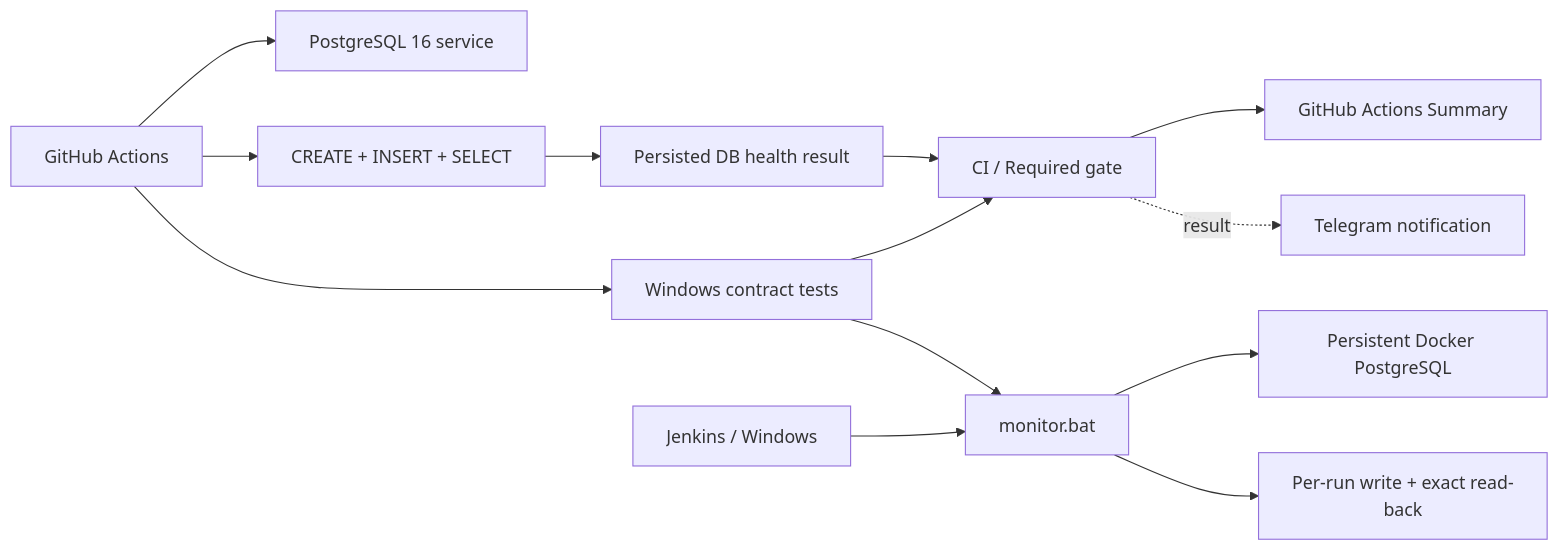
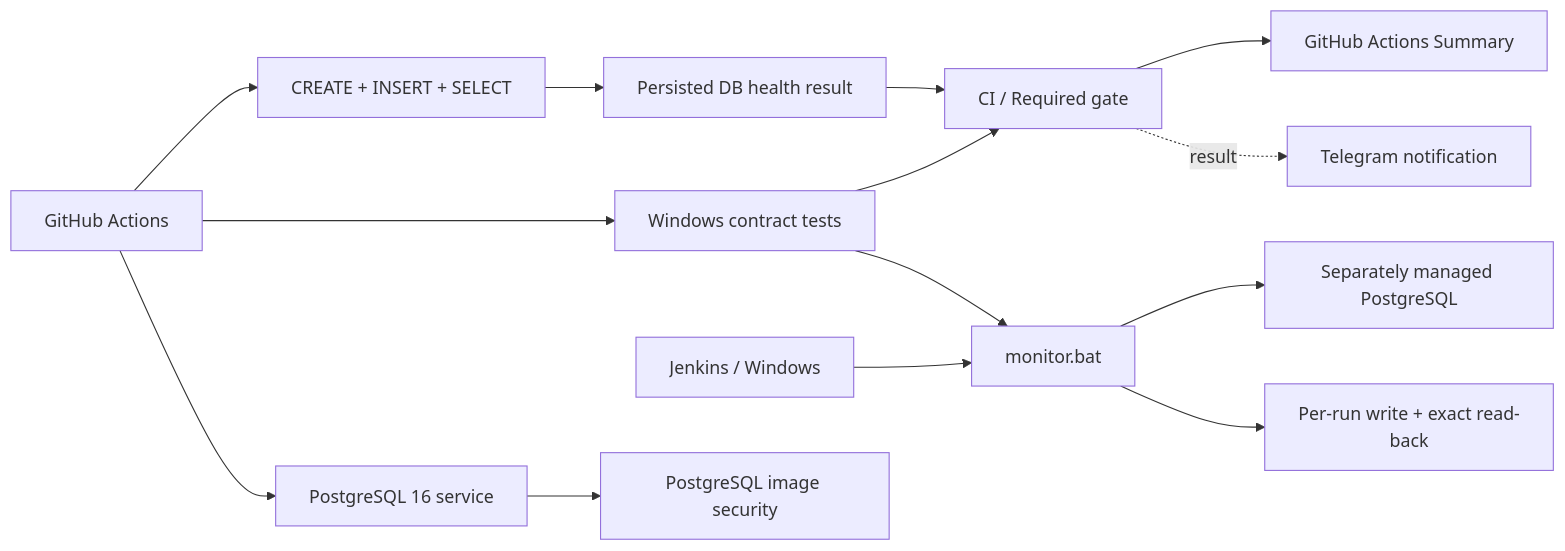
The diagram in README.md (TokhirjonYuldoshev/qa-docker-monitor), drawn with Mermaid before and after one commit. The commit also changed other lines of this file and 9 other files, not shown here.

````diff
--- a/README.md
+++ b/README.md
@@ -27,17 +34,19 @@
 ```mermaid
 flowchart LR
     GH[GitHub Actions] --> PG1[PostgreSQL 16 service]
     GH --> SQL1[CREATE + INSERT + SELECT]
     SQL1 --> R[Persisted DB health result]
 
     GH --> WT[Windows contract tests]
     WT --> BAT[monitor.bat]
     J[Jenkins / Windows] --> BAT
-    BAT --> PG2[Persistent Docker PostgreSQL]
+    BAT --> PG2[Separately managed PostgreSQL]
     BAT --> LR[Per-run write + exact read-back]
 
     R --> G[CI / Required gate]
     WT --> G
     G --> S[GitHub Actions Summary]
     G -. result .-> TG[Telegram notification]
+
+    PG1 --> SEC[PostgreSQL image security]
 ```
````
